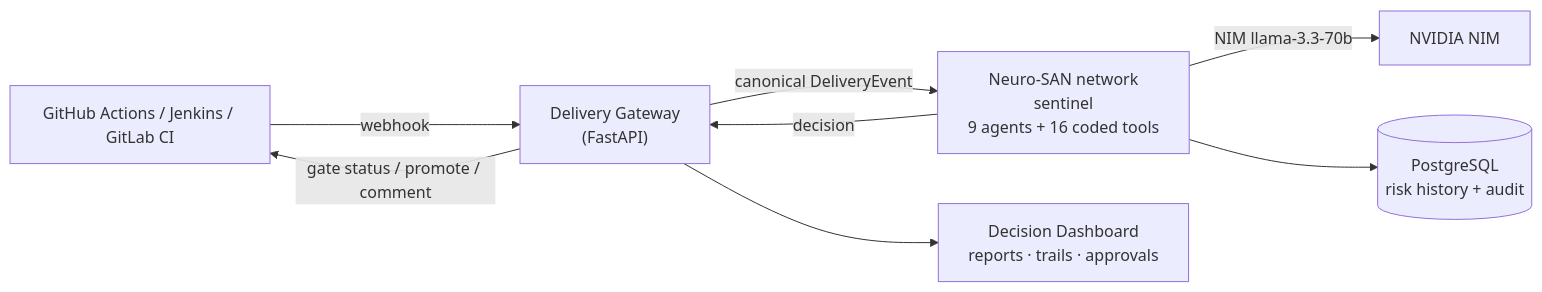
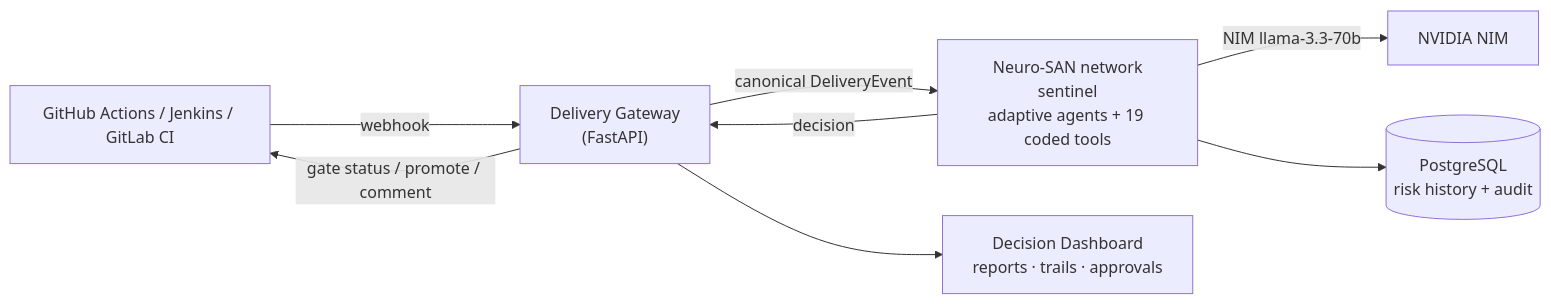
One commit to anandharshit712/Sentinel changed the diagram in README.md. Above: the diagram before and after it, drawn with Mermaid. The commit also changed other lines of this file and 27 other files, not shown here.

````diff
--- a/README.md
+++ b/README.md
@@ -58,10 +58,10 @@
 ```mermaid
 flowchart LR
     CI["GitHub Actions / Jenkins / GitLab CI"] -->|webhook| GW["Delivery Gateway<br/>(FastAPI)"]
-    GW -->|"canonical DeliveryEvent"| NS["Neuro-SAN network<br/>sentinel<br/>9 agents + 16 coded tools"]
+    GW -->|"canonical DeliveryEvent"| NS["Neuro-SAN network<br/>sentinel<br/>adaptive agents + 19 coded tools"]
     NS -->|"NIM llama-3.3-70b"| NIM["NVIDIA NIM"]
     NS --> PG[("PostgreSQL<br/>risk history + audit")]
     GW --> DB["Decision Dashboard<br/>reports · trails · approvals"]
     NS -->|"decision"| GW
     GW -->|"gate status / promote / comment"| CI
 ```
````
